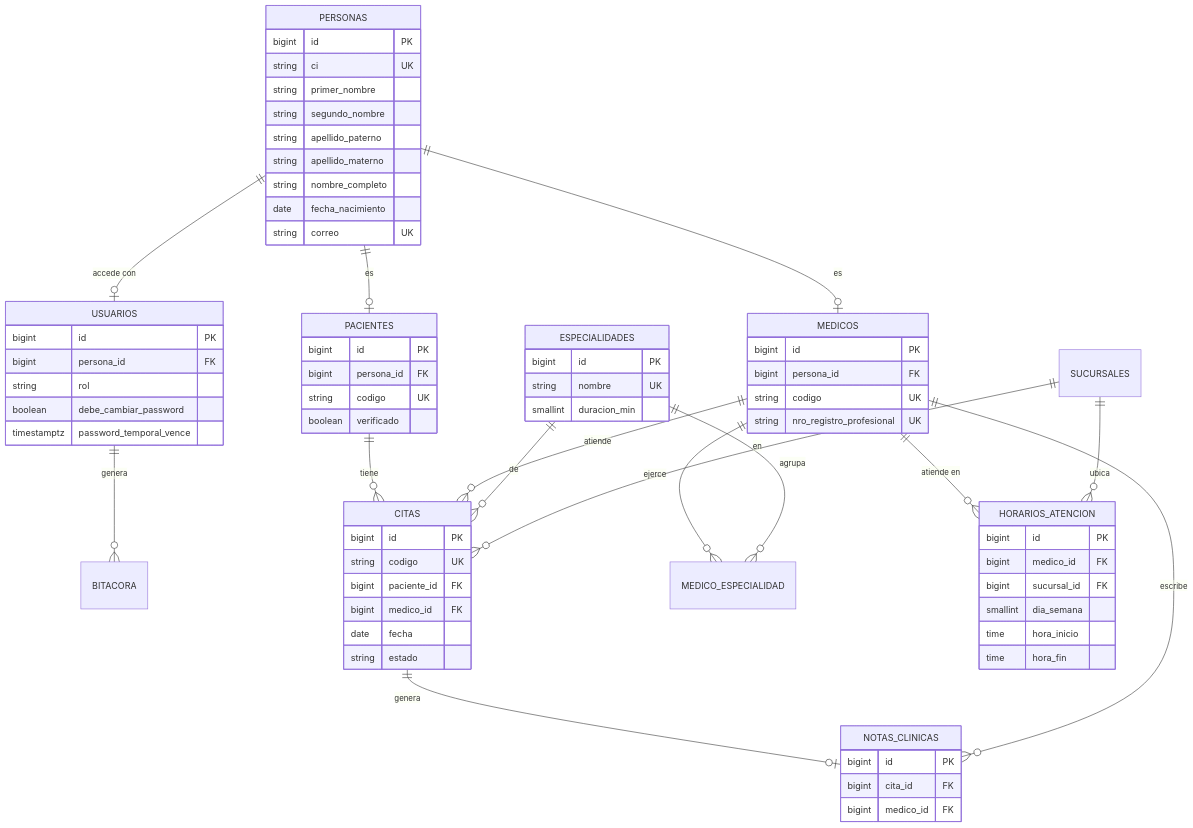
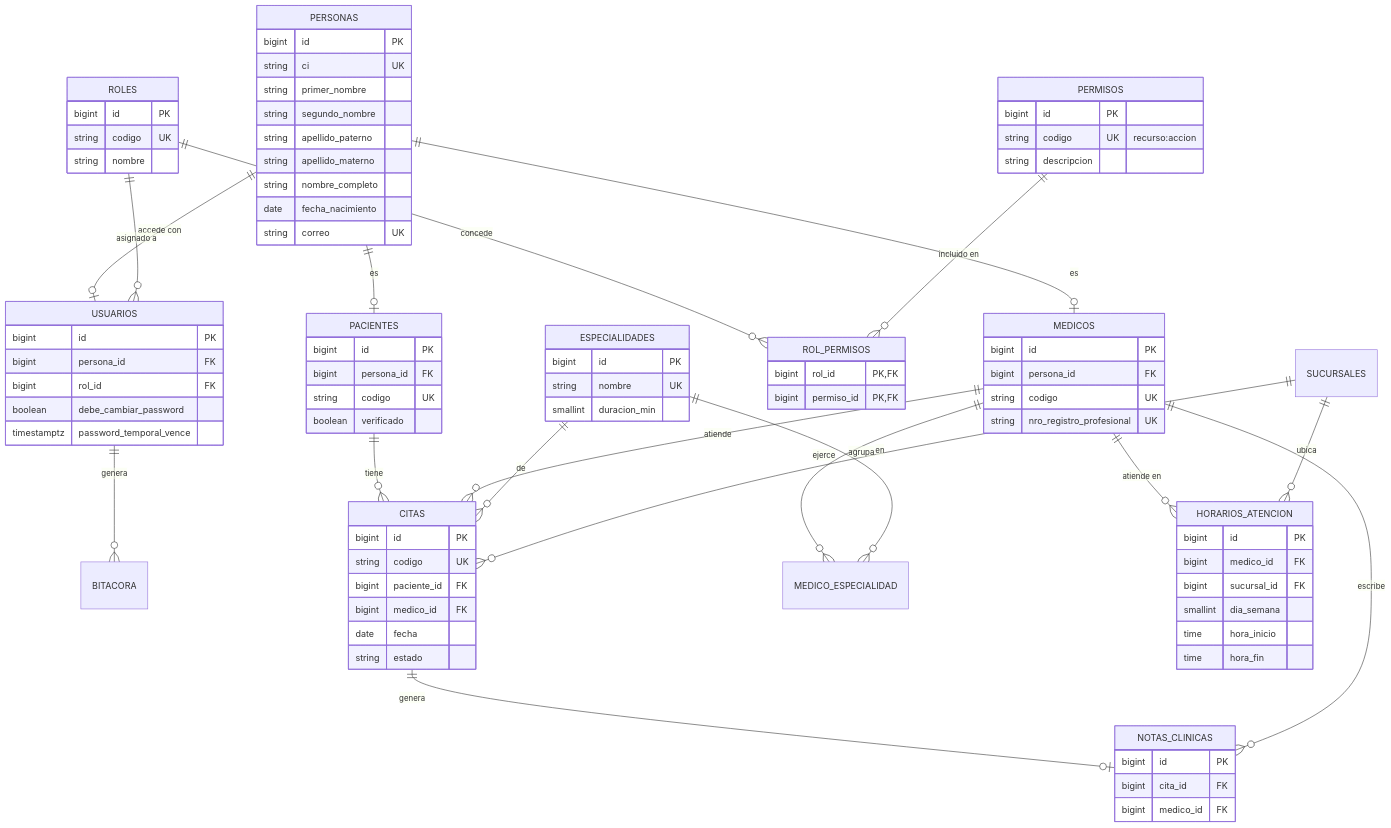
Before and after one commit to Einarpd26/2do-examen-ing-requisitos: diagram 14 of 14 in documento/Informe-Final.md, drawn with Mermaid. The commit also changed other lines of this file, not shown here.

Commit message:
docs(informe): agregar el control de acceso RBAC con el catalogo de permisos y reflejarlo en clases y datos

```diff
--- a/documento/Informe-Final.md
+++ b/documento/Informe-Final.md
@@ -917,6 +963,9 @@
     PERSONAS ||--o| PACIENTES : "es"
     PERSONAS ||--o| MEDICOS : "es"
     USUARIOS ||--o{ BITACORA : "genera"
+    ROLES ||--o{ USUARIOS : "asignado a"
+    ROLES ||--o{ ROL_PERMISOS : "concede"
+    PERMISOS ||--o{ ROL_PERMISOS : "incluido en"
     PACIENTES ||--o{ CITAS : "tiene"
     MEDICOS ||--o{ CITAS : "atiende"
     ESPECIALIDADES ||--o{ CITAS : "de"
@@ -942,9 +991,23 @@
     USUARIOS {
         bigint id PK
         bigint persona_id FK
-        string rol
+        bigint rol_id FK
         boolean debe_cambiar_password
         timestamptz password_temporal_vence
+    }
+    ROLES {
+        bigint id PK
+        string codigo UK
+        string nombre
+    }
+    PERMISOS {
+        bigint id PK
+        string codigo UK "recurso:accion"
+        string descripcion
+    }
+    ROL_PERMISOS {
+        bigint rol_id PK, FK
+        bigint permiso_id PK, FK
     }
     PACIENTES {
         bigint id PK
```
